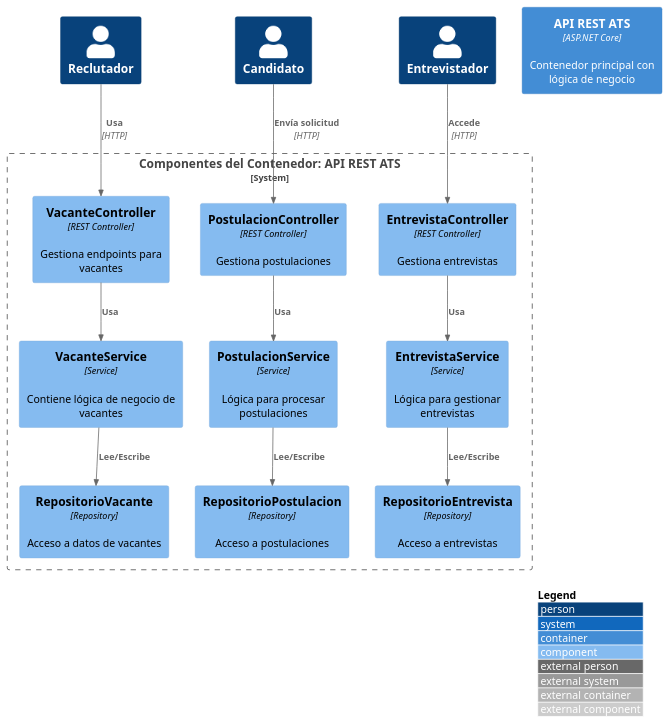
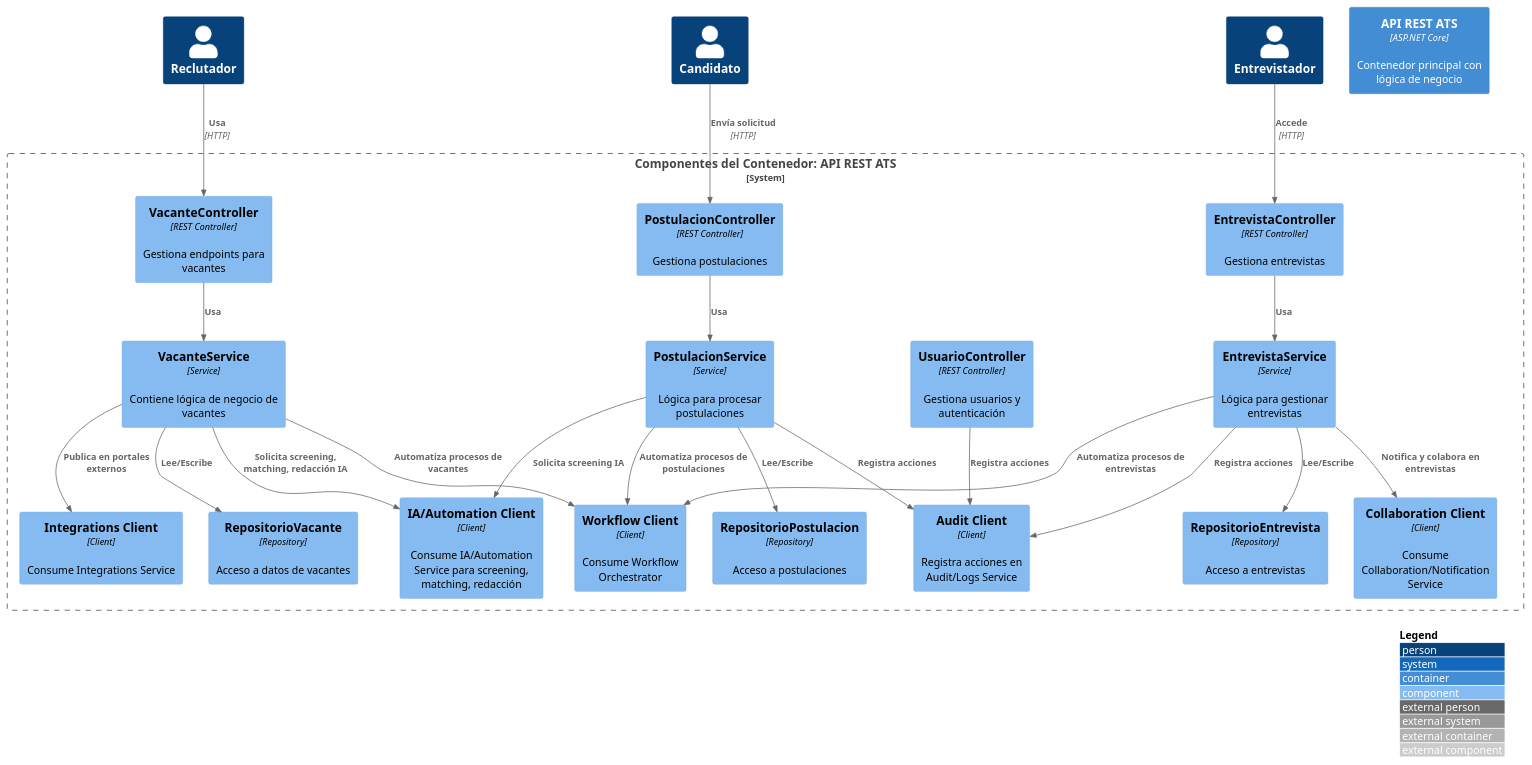
Before and after one commit to LIDR-academy/AI4Devs-design-1-RO-1: the eighth of 9 diagrams in LTI-JFG.md, drawn with PlantUML. The commit also changed other lines of this file, not shown here.

```diff
--- a/LTI-JFG.md
+++ b/LTI-JFG.md
@@ -393,40 +512,56 @@
-@startuml "ATS_Componentes_API_REST"
+@startuml "ATS_Componentes_API_REST_Actualizado"
 !include https://raw.githubusercontent.com/plantuml-stdlib/C4-PlantUML/master/C4_Component.puml
 
 LAYOUT_TOP_DOWN()
 LAYOUT_WITH_LEGEND()
 
 Person(recruiter, "Reclutador")
 Person(candidate, "Candidato")
 Person(interviewer, "Entrevistador")
 
 Container(api, "API REST ATS", "ASP.NET Core", "Contenedor principal con lógica de negocio")
 
 System_Boundary(api_boundary, "Componentes del Contenedor: API REST ATS") {
-
   Component(VacanteController, "VacanteController", "REST Controller", "Gestiona endpoints para vacantes")
   Component(PostulacionController, "PostulacionController", "REST Controller", "Gestiona postulaciones")
   Component(EntrevistaController, "EntrevistaController", "REST Controller", "Gestiona entrevistas")
+  Component(UsuarioController, "UsuarioController", "REST Controller", "Gestiona usuarios y autenticación")
 
   Component(VacanteService, "VacanteService", "Service", "Contiene lógica de negocio de vacantes")
   Component(PostulacionService, "PostulacionService", "Service", "Lógica para procesar postulaciones")
   Component(EntrevistaService, "EntrevistaService", "Service", "Lógica para gestionar entrevistas")
+  Component(IAClient, "IA/Automation Client", "Client", "Consume IA/Automation Service para screening, matching, redacción")
+  Component(CollabClient, "Collaboration Client", "Client", "Consume Collaboration/Notification Service")
+  Component(WorkflowClient, "Workflow Client", "Client", "Consume Workflow Orchestrator")
+  Component(IntegrationClient, "Integrations Client", "Client", "Consume Integrations Service")
+  Component(AuditClient, "Audit Client", "Client", "Registra acciones en Audit/Logs Service")
 
   Component(RepositorioVacante, "RepositorioVacante", "Repository", "Acceso a datos de vacantes")
   Component(RepositorioPostulacion, "RepositorioPostulacion", "Repository", "Acceso a postulaciones")
   Component(RepositorioEntrevista, "RepositorioEntrevista", "Repository", "Acceso a entrevistas")
 }
 
 Rel(recruiter, VacanteController, "Usa", "HTTP")
 Rel(candidate, PostulacionController, "Envía solicitud", "HTTP")
 Rel(interviewer, EntrevistaController, "Accede", "HTTP")
 
 Rel(VacanteController, VacanteService, "Usa")
 Rel(PostulacionController, PostulacionService, "Usa")
 Rel(EntrevistaController, EntrevistaService, "Usa")
+Rel(UsuarioController, AuditClient, "Registra acciones")
+
+Rel(VacanteService, IAClient, "Solicita screening, matching, redacción IA")
+Rel(PostulacionService, IAClient, "Solicita screening IA")
+Rel(EntrevistaService, CollabClient, "Notifica y colabora en entrevistas")
+Rel(VacanteService, WorkflowClient, "Automatiza procesos de vacantes")
+Rel(PostulacionService, WorkflowClient, "Automatiza procesos de postulaciones")
+Rel(EntrevistaService, WorkflowClient, "Automatiza procesos de entrevistas")
+Rel(VacanteService, IntegrationClient, "Publica en portales externos")
+Rel(PostulacionService, AuditClient, "Registra acciones")
+Rel(EntrevistaService, AuditClient, "Registra acciones")
 
 Rel(VacanteService, RepositorioVacante, "Lee/Escribe")
 Rel(PostulacionService, RepositorioPostulacion, "Lee/Escribe")
 Rel(EntrevistaService, RepositorioEntrevista, "Lee/Escribe")
 
 @enduml
```
